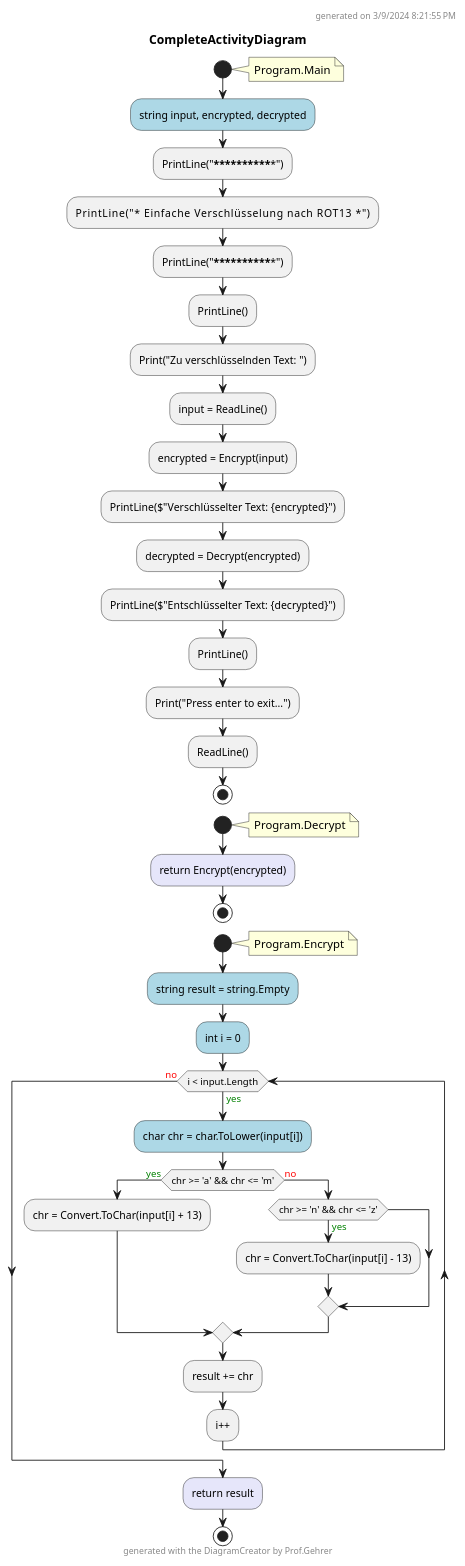
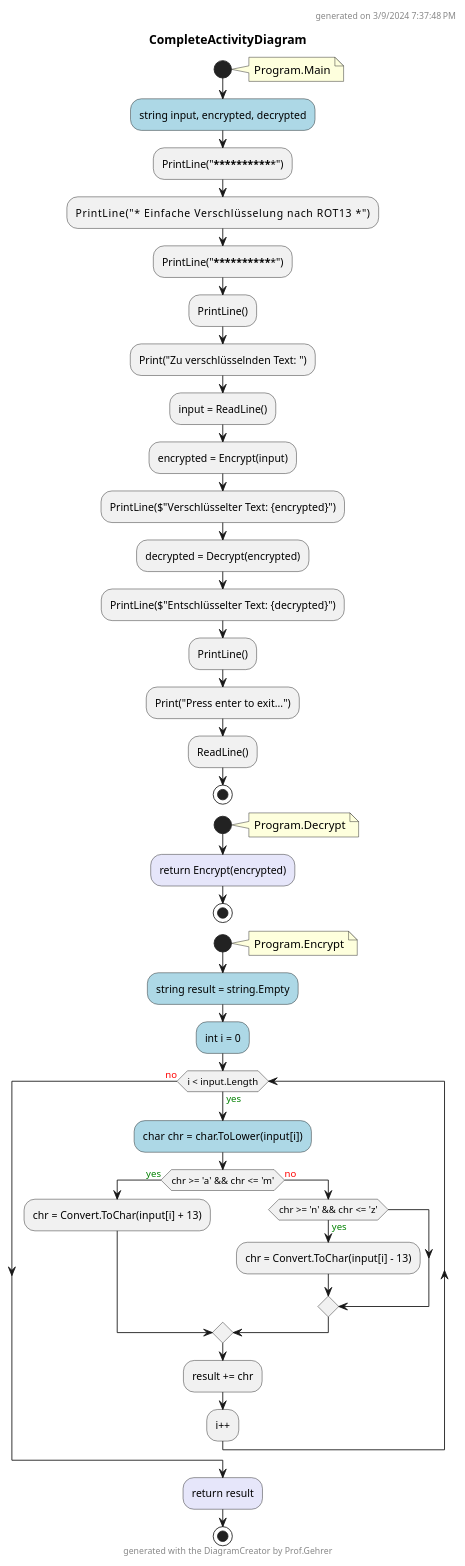
The diagram in ROT13.ConApp/Diagrams/CompleteActivityDiagram.puml (leoggehrer/2324-34_ABIF_ACIF_POSE), drawn with PlantUML before and after one commit. The commit also changed 202 other files, not shown here.

Commit message:
Created uml activity diagrams.

```diff
--- a/ROT13.ConApp/Diagrams/CompleteActivityDiagram.puml
+++ b/ROT13.ConApp/Diagrams/CompleteActivityDiagram.puml
@@ -1,57 +1,48 @@
 @startuml CompleteActivityDiagram
 header
-generated on 3/9/2024 8:21:55 PM
+generated on 3/9/2024 7:37:48 PM
 end header
 title CompleteActivityDiagram
 start
 note right:  Program.Main
 #LightBlue:string input, encrypted, decrypted;
 :PrintLine("***************************************************");
 :PrintLine("* Einfache Verschlüsselung nach ROT13             *");
 :PrintLine("***************************************************");
 :PrintLine();
 :Print("Zu verschlüsselnden Text: ");
 :input = ReadLine();
 :encrypted = Encrypt(input);
 :PrintLine($"Verschlüsselter Text: {encrypted}");
 :decrypted = Decrypt(encrypted);
 :PrintLine($"Entschlüsselter Text: {decrypted}");
 :PrintLine();
 :Print("Press enter to exit...");
 :ReadLine();
-footer
-generated with the DiagramCreator by Prof.Gehrer
-end footer
 stop
 start
 note right:  Program.Decrypt
 #Lavender:return Encrypt(encrypted);
-footer
-generated with the DiagramCreator by Prof.Gehrer
-end footer
 stop
 start
 note right:  Program.Encrypt
 #LightBlue:string result = string.Empty;
 #LightBlue:int i = 0;
 while (i < input.Length) is (<color:green>yes)
     #LightBlue:char chr = char.ToLower(input[i]);
     if (chr >= 'a' && chr <= 'm') then (<color:green>yes)
         :chr = Convert.ToChar(input[i] + 13);
       else (<color:red>no)
         if (chr >= 'n' && chr <= 'z') then (<color:green>yes)
             :chr = Convert.ToChar(input[i] - 13);
         endif
     endif
     :result += chr;
 :i++;
 endwhile (<color:red>no)
 #Lavender:return result;
-footer
-generated with the DiagramCreator by Prof.Gehrer
-end footer
 stop
 footer
 generated with the DiagramCreator by Prof.Gehrer
 end footer
 @enduml
```
